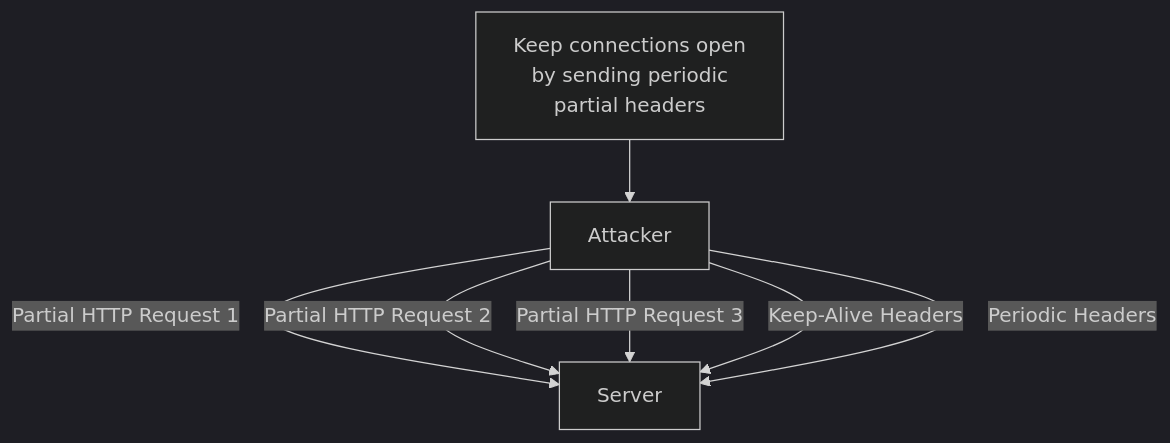
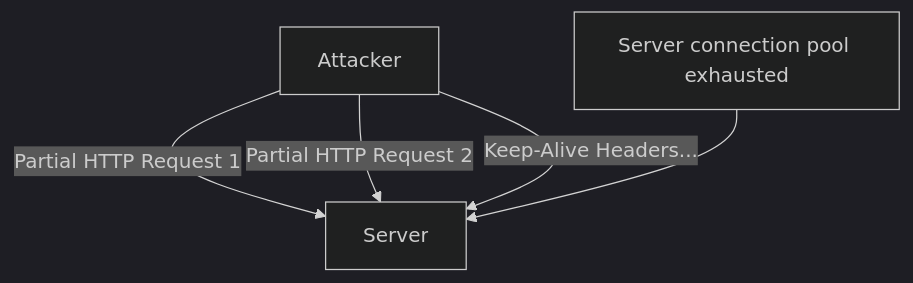
One commit to Montimage/mmt-attacker changed diagram 14 of 20 in docs/PLAYBOOK.md. Above: the diagram before and after it, drawn with Mermaid (dark theme). The commit also changed other lines of this file and 6 other files, not shown here.

````diff
--- a/docs/PLAYBOOK.md
+++ b/docs/PLAYBOOK.md
@@ -369,11 +579,7 @@
 ```mermaid
 graph TB
     A[Attacker] -->|Partial HTTP Request 1| S[Server]
     A -->|Partial HTTP Request 2| S
-    A -->|Partial HTTP Request 3| S
-    A -->|Keep-Alive Headers| S
-    A -->|Periodic Headers| S
-    Note["Keep connections open
-by sending periodic
-partial headers"] --> A
+    A -->|Keep-Alive Headers...| S
+    Note["Server connection pool exhausted"] --> S
 ```
````
